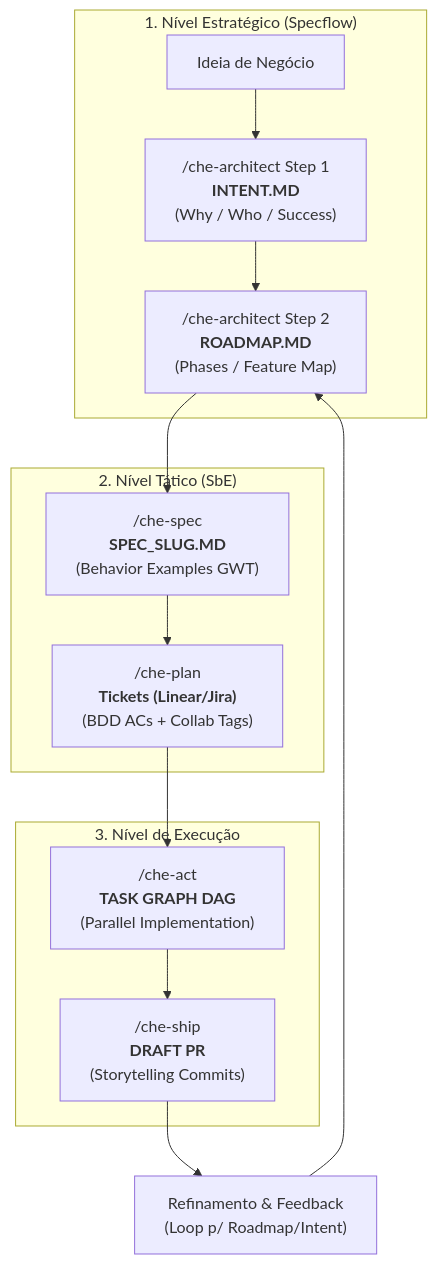
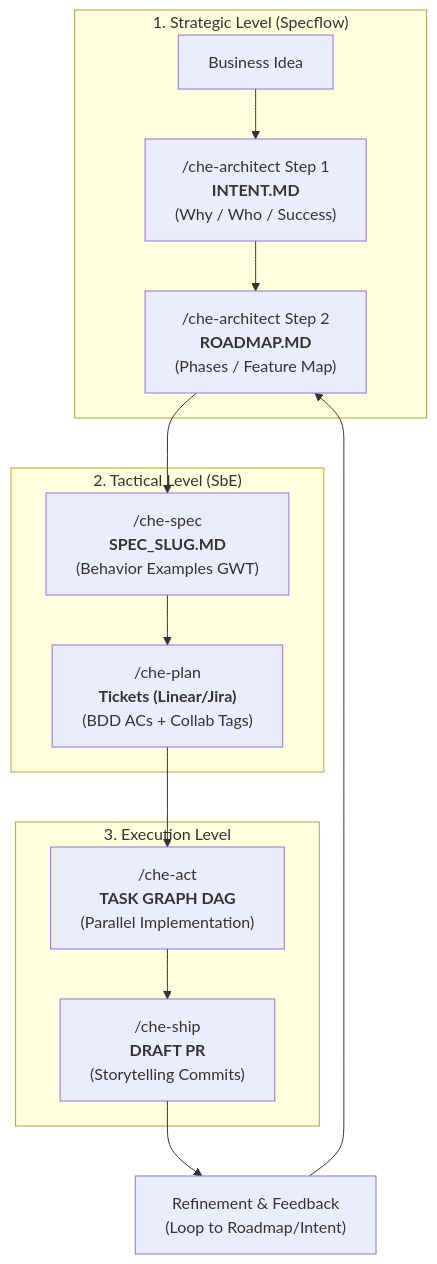
The second of 2 diagrams in README.md (laionazeredo/che-ai), drawn with Mermaid before and after one commit. The commit also changed other lines of this file and 2 other files, not shown here.

````diff
--- a/README.md
+++ b/README.md
@@ -153,20 +159,20 @@
 ```mermaid
 flowchart TD
-    subgraph STRATEGIC["1. Nível Estratégico (Specflow)"]
-        IDEA["Ideia de Negócio"] --> INTENT["/che-architect Step 1<br/><b>INTENT.MD</b><br/>(Why / Who / Success)"]
+    subgraph STRATEGIC["1. Strategic Level (Specflow)"]
+        IDEA["Business Idea"] --> INTENT["/che-architect Step 1<br/><b>INTENT.MD</b><br/>(Why / Who / Success)"]
         INTENT --> ROADMAP["/che-architect Step 2<br/><b>ROADMAP.MD</b><br/>(Phases / Feature Map)"]
     end
 
-    subgraph TACTICAL["2. Nível Tático (SbE)"]
+    subgraph TACTICAL["2. Tactical Level (SbE)"]
         ROADMAP --> SPEC["/che-spec<br/><b>SPEC_SLUG.MD</b><br/>(Behavior Examples GWT)"]
         SPEC --> PLAN["/che-plan<br/><b>Tickets (Linear/Jira)</b><br/>(BDD ACs + Collab Tags)"]
     end
 
-    subgraph EXECUTION["3. Nível de Execução"]
+    subgraph EXECUTION["3. Execution Level"]
         PLAN --> ACT["/che-act<br/><b>TASK GRAPH DAG</b><br/>(Parallel Implementation)"]
         ACT --> SHIP["/che-ship<br/><b>DRAFT PR</b><br/>(Storytelling Commits)"]
     end
 
-    SHIP --> REFINE["Refinamento & Feedback<br/>(Loop p/ Roadmap/Intent)"]
+    SHIP --> REFINE["Refinement & Feedback<br/>(Loop to Roadmap/Intent)"]
     REFINE --> ROADMAP
 ```
````
